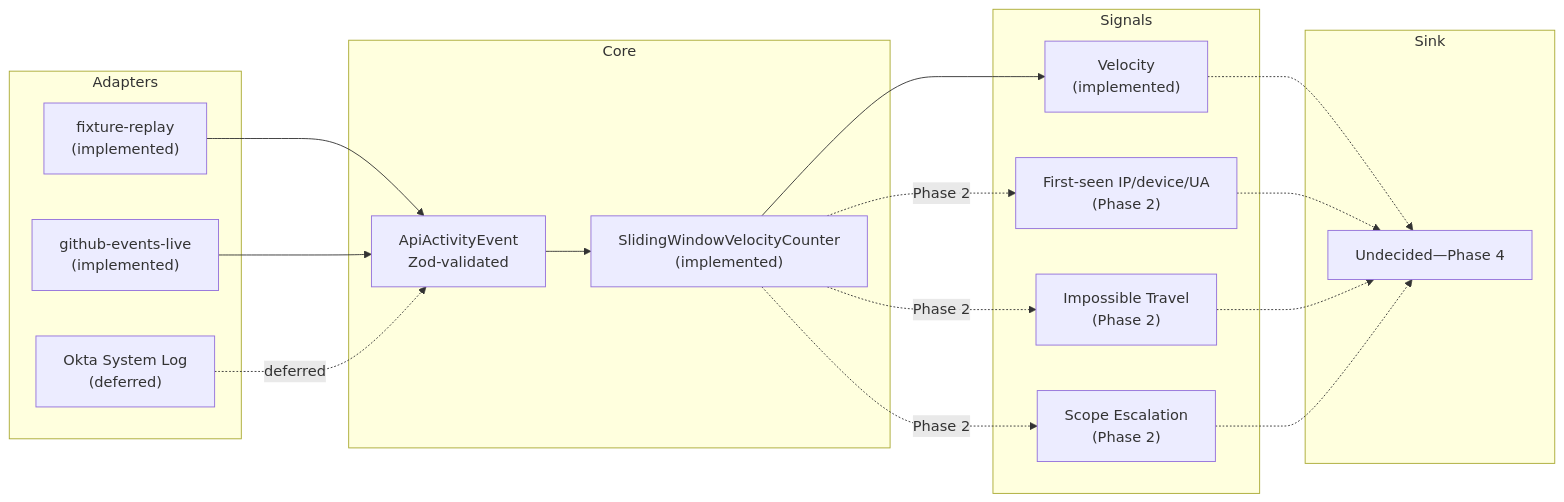
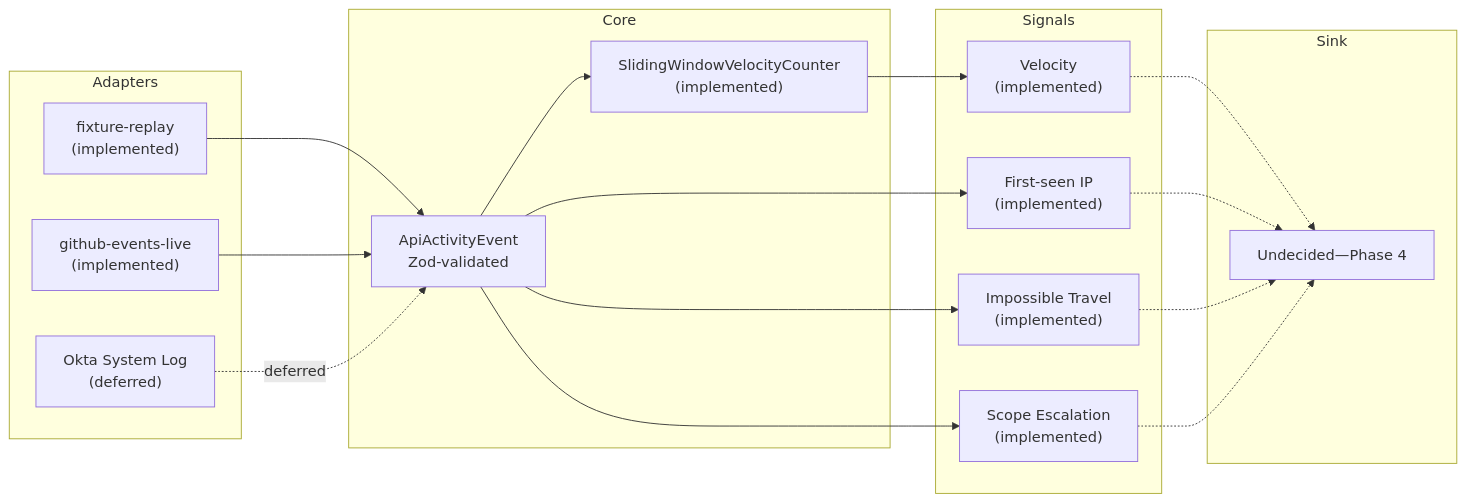
The diagram in README.md (obrienma/Xylem-L6), drawn with Mermaid before and after one commit. The commit also changed other lines of this file and 10 other files, not shown here.

First line of the commit message:
feat(core): add Phase 2 stateful signals — first-seen IP, impossible travel,      scope escalation      (Phase 2)

````diff
--- a/README.md
+++ b/README.md
@@ -80,34 +84,34 @@
 ```mermaid
 flowchart LR
     subgraph Adapters
         F["fixture-replay\n(implemented)"]
         G["github-events-live\n(implemented)"]
         O["Okta System Log\n(deferred)"]
     end
     subgraph Core
         E[ApiActivityEvent\nZod-validated]
         W["SlidingWindowVelocityCounter\n(implemented)"]
     end
     subgraph Signals
         V["Velocity\n(implemented)"]
-        FS["First-seen IP/device/UA\n(Phase 2)"]
-        IT["Impossible Travel\n(Phase 2)"]
-        SE["Scope Escalation\n(Phase 2)"]
+        FS["First-seen IP\n(implemented)"]
+        IT["Impossible Travel\n(implemented)"]
+        SE["Scope Escalation\n(implemented)"]
     end
     subgraph Sink
         S[Undecided—Phase 4]
     end
 
     F --> E
     G --> E
     O -.->|deferred| E
     E --> W
+    E --> FS
+    E --> IT
+    E --> SE
     W --> V
-    W -.->|Phase 2| FS
-    W -.->|Phase 2| IT
-    W -.->|Phase 2| SE
     V -.-> S
     FS -.-> S
     IT -.-> S
     SE -.-> S
 ```
````
